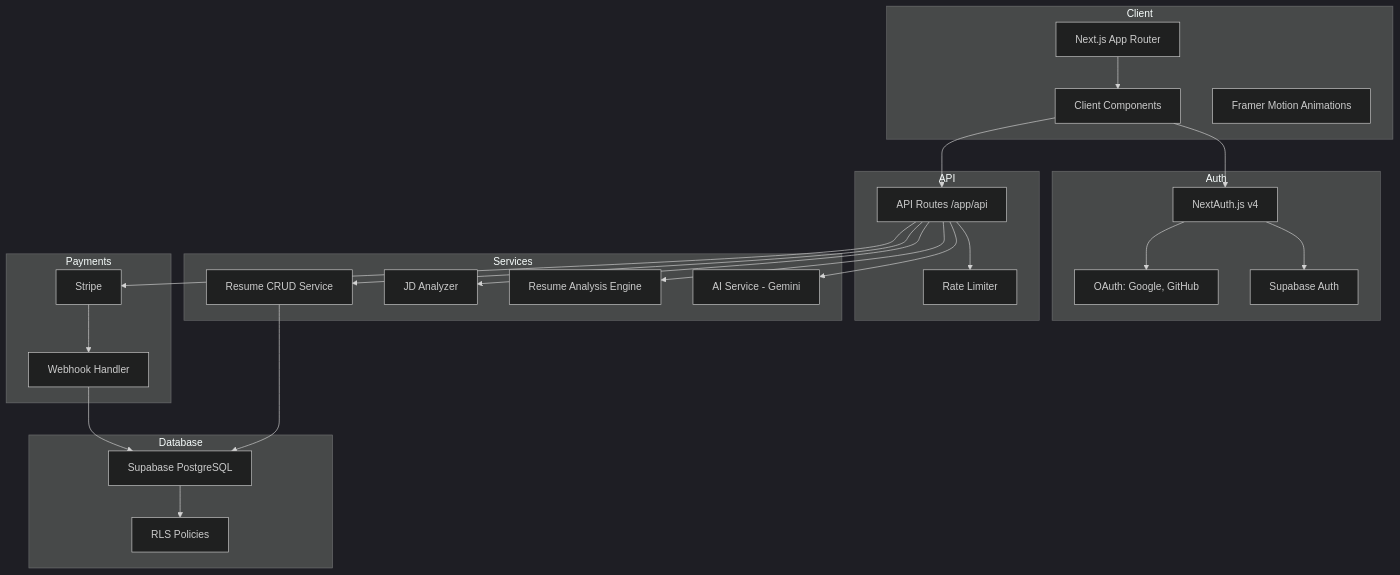
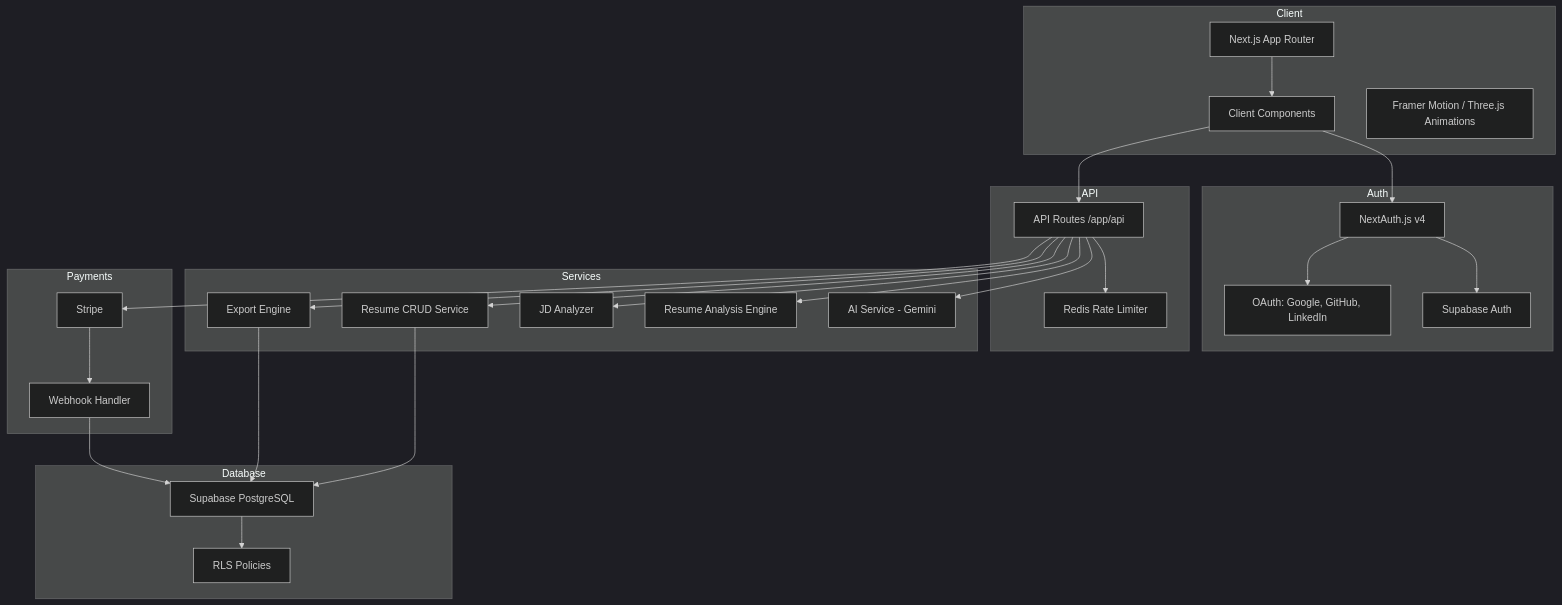
One commit to Khushi-agarwal1401/AI-Resume-Builder-and-Analyzer changed the diagram in README.md. Above: the diagram before and after it, drawn with Mermaid (dark theme). The commit also changed other lines of this file, not shown here.

````diff
--- a/README.md
+++ b/README.md
@@ -107,52 +125,55 @@
 ```mermaid
 graph TB
     subgraph Client
         A[Next.js App Router]
         B[Client Components]
-        C[Framer Motion Animations]
+        C[Framer Motion / Three.js Animations]
     end
-    
+
     subgraph Auth
         D[NextAuth.js v4]
         E[Supabase Auth]
-        F[OAuth: Google, GitHub]
+        F[OAuth: Google, GitHub, LinkedIn]
     end
-    
+
     subgraph API
         G[API Routes /app/api]
-        H[Rate Limiter]
+        H[Redis Rate Limiter]
     end
-    
+
     subgraph Services
         I[AI Service - Gemini]
         J[Resume Analysis Engine]
         K[JD Analyzer]
         L[Resume CRUD Service]
+        M[Export Engine]
     end
-    
+
     subgraph Database
-        M[Supabase PostgreSQL]
-        N[RLS Policies]
+        N[Supabase PostgreSQL]
+        O[RLS Policies]
     end
-    
+
     subgraph Payments
-        O[Stripe]
-        P[Webhook Handler]
+        P[Stripe]
+        Q[Webhook Handler]
     end
-    
+
     A --> B
     B --> D
     D --> E
     D --> F
     B --> G
     G --> H
     G --> I
     G --> J
     G --> K
     G --> L
-    L --> M
+    G --> M
+    L --> N
     M --> N
-    G --> O
-    O --> P
-    P --> M
+    N --> O
+    G --> P
+    P --> Q
+    Q --> N
 ```
````
